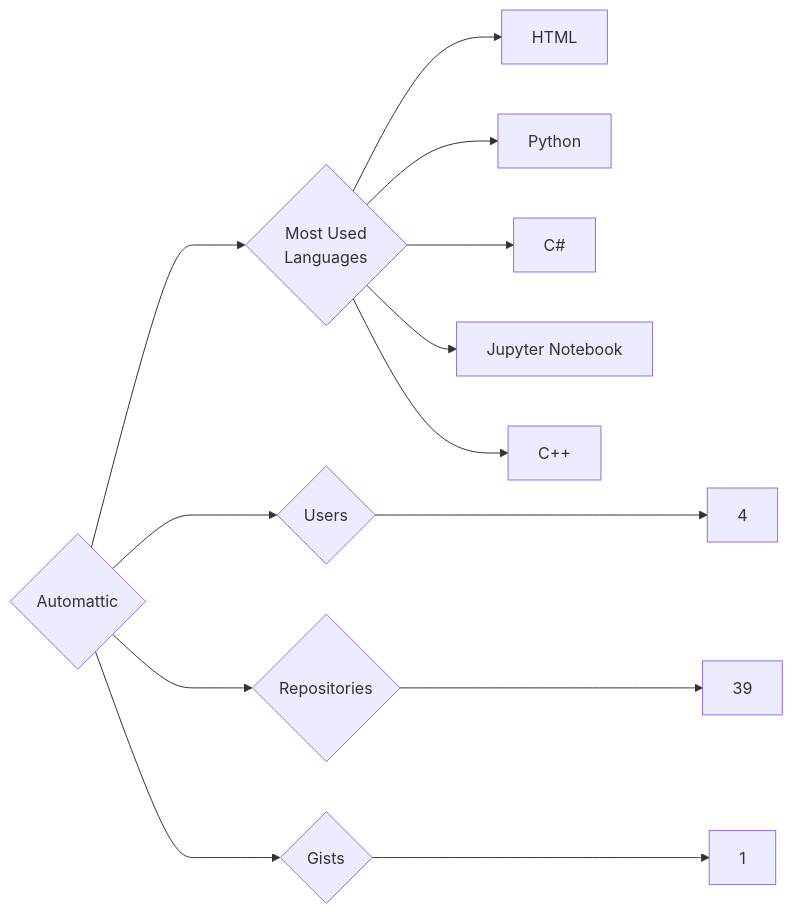
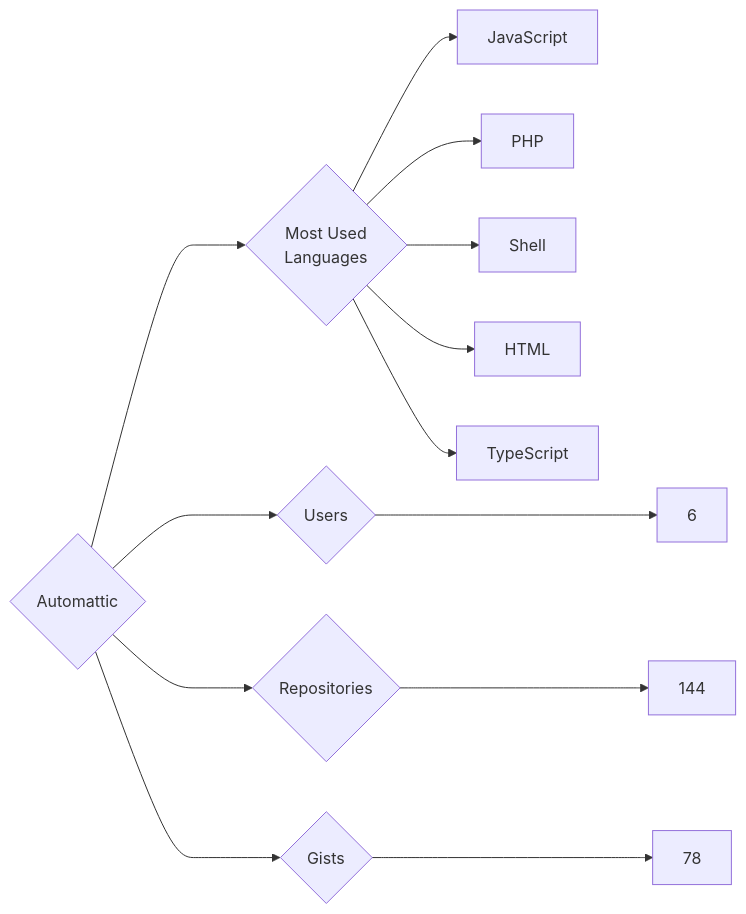
Before and after one commit to trickest/insiders: the diagram in targets/Automattic/README.md, drawn with Mermaid. The commit also changed 1166 other files, not shown here.

````diff
--- a/targets/Automattic/README.md
+++ b/targets/Automattic/README.md
@@ -3,13 +3,13 @@
 ```mermaid
 graph LR
 COMPANY_NAME{Automattic}
-COMPANY_NAME ---> U{Users} ---> UN[4]
-COMPANY_NAME ---> R{Repositories} ---> RN[39]
-COMPANY_NAME ---> G{Gists} ---> GN[1]
+COMPANY_NAME ---> U{Users} ---> UN[6]
+COMPANY_NAME ---> R{Repositories} ---> RN[144]
+COMPANY_NAME ---> G{Gists} ---> GN[78]
 COMPANY_NAME ---> ML{Most Used<br>Languages}
+ML --> JavaScript[JavaScript]
+ML --> PHP[PHP]
+ML --> Shell[Shell]
 ML --> HTML[HTML]
-ML --> Python[Python]
-ML --> C#[C#]
-ML --> Jupyter_Notebook[Jupyter Notebook]
-ML --> C++[C++]
+ML --> TypeScript[TypeScript]
 ```
````
